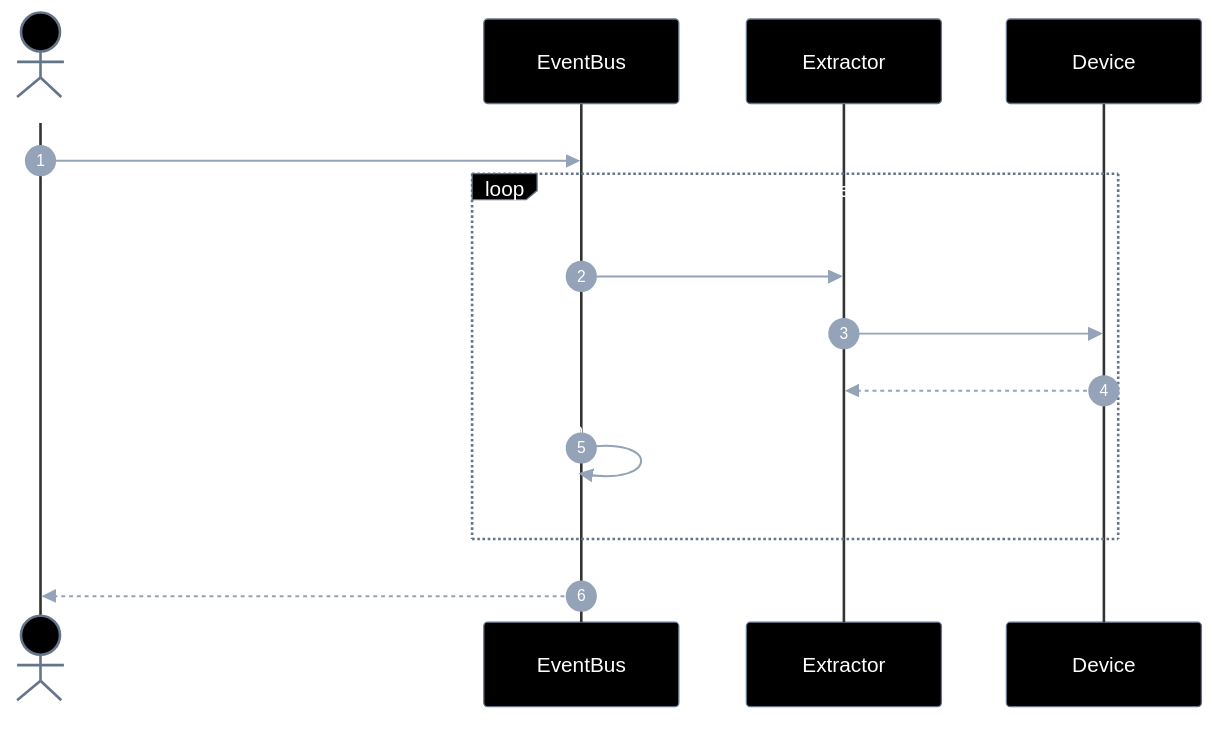
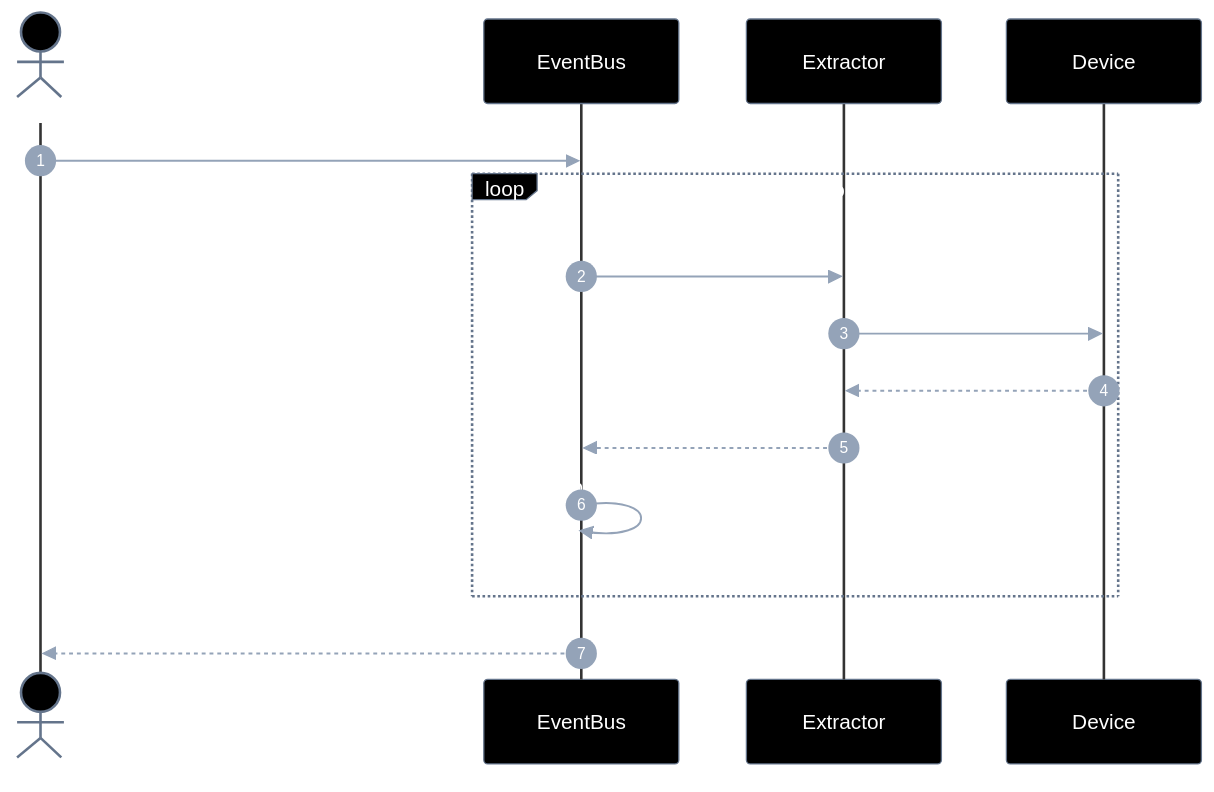
Before and after one commit to laerciogermano/workstation: the fourth of 5 diagrams in connectmax/screen-robot/epics/EP-02-eventos-de-ui/5.implementation-plan.md, drawn with Mermaid. The commit also changed other lines of this file and 5 other files, not shown here.

Commit message:
Completa retornos faltantes em todos os diagramas de sequência dos planos.

````diff
--- a/connectmax/screen-robot/epics/EP-02-eventos-de-ui/5.implementation-plan.md
+++ b/connectmax/screen-robot/epics/EP-02-eventos-de-ui/5.implementation-plan.md
@@ -317,58 +323,59 @@
 ```mermaid
 ---
 config:
   theme: base
   themeVariables:
     darkMode: true
     background: '#000000'
     primaryColor: '#000000'
     primaryTextColor: '#ffffff'
     primaryBorderColor: '#64748b'
     secondaryColor: '#000000'
     secondaryTextColor: '#ffffff'
     secondaryBorderColor: '#64748b'
     tertiaryColor: '#000000'
     tertiaryTextColor: '#ffffff'
     tertiaryBorderColor: '#64748b'
     lineColor: '#64748b'
     textColor: '#ffffff'
     mainBkg: '#000000'
     nodeBorder: '#64748b'
     clusterBkg: '#000000'
     clusterBorder: '#333333'
     titleColor: '#ffffff'
     edgeLabelBackground: '#000000'
     actorBkg: '#000000'
     actorBorder: '#64748b'
     actorTextColor: '#ffffff'
     actorLineColor: '#333333'
     signalColor: '#94a3b8'
     signalTextColor: '#ffffff'
     labelBoxBkgColor: '#000000'
     labelBoxBorderColor: '#64748b'
     labelTextColor: '#ffffff'
     loopTextColor: '#ffffff'
     noteBorderColor: '#64748b'
     noteBkgColor: '#111111'
     noteTextColor: '#ffffff'
     activationBorderColor: '#64748b'
     activationBkgColor: '#1a1a1a'
     sequenceNumberColor: '#ffffff'
     classText: '#ffffff'
 ---
 sequenceDiagram
   autonumber
   actor Dev as Caller
   participant E as EventBus
   participant X as Extractor
   participant D as Device
 
   Dev->>E: waitForDumpChange(serial, previousXml?, opts)
-  loop até hash ≠ base ou timeout
+  loop até hash ≠ previous ou timeout
     E->>X: dumpUiXml(serial)
     X->>D: uiautomator dump
     D-->>X: xml
+    X-->>E: xml
     E->>E: hash ≠ previous?
   end
   E-->>Dev: { xml, changed: true }
 ```
````
